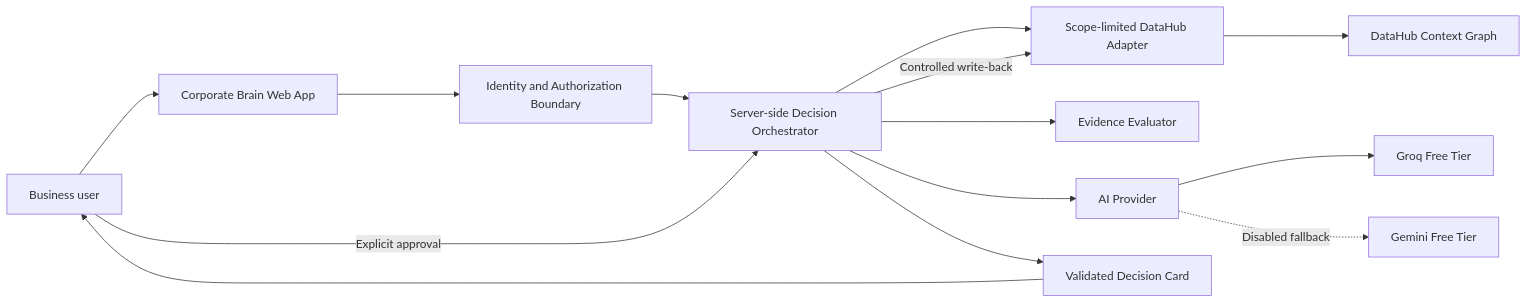
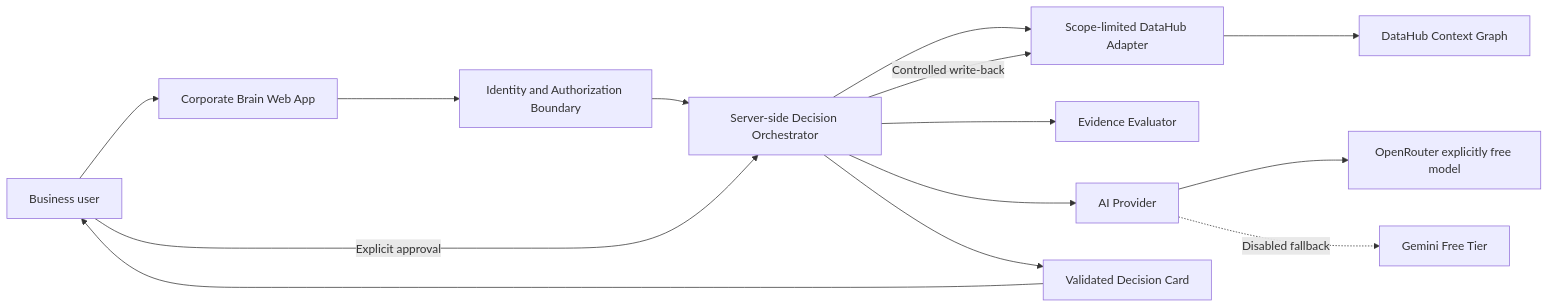
Before and after one commit to natalia15155-bit/corporate-brain: the first of 3 diagrams in ARCHITECTURE.md, drawn with Mermaid. The commit also changed other lines of this file and 20 other files, not shown here.

Commit message:
Add DataHub MCP and OpenRouter integration

````diff
--- a/ARCHITECTURE.md
+++ b/ARCHITECTURE.md
@@ -11,16 +11,16 @@
 ```mermaid
 flowchart LR
     USER["Business user"] --> WEB["Corporate Brain Web App"]
     WEB --> AUTHZ["Identity and Authorization Boundary"]
     AUTHZ --> SERVER["Server-side Decision Orchestrator"]
     SERVER --> DH["Scope-limited DataHub Adapter"]
     DH --> GRAPH["DataHub Context Graph"]
     SERVER --> RULES["Evidence Evaluator"]
     SERVER --> AI["AI Provider"]
-    AI --> GROQ["Groq Free Tier"]
+    AI --> OR["OpenRouter explicitly free model"]
     AI -. "Disabled fallback" .-> GEMINI["Gemini Free Tier"]
     SERVER --> OUTPUT["Validated Decision Card"]
     OUTPUT --> USER
     USER -->|"Explicit approval"| SERVER
     SERVER -->|"Controlled write-back"| DH
 ```
````
